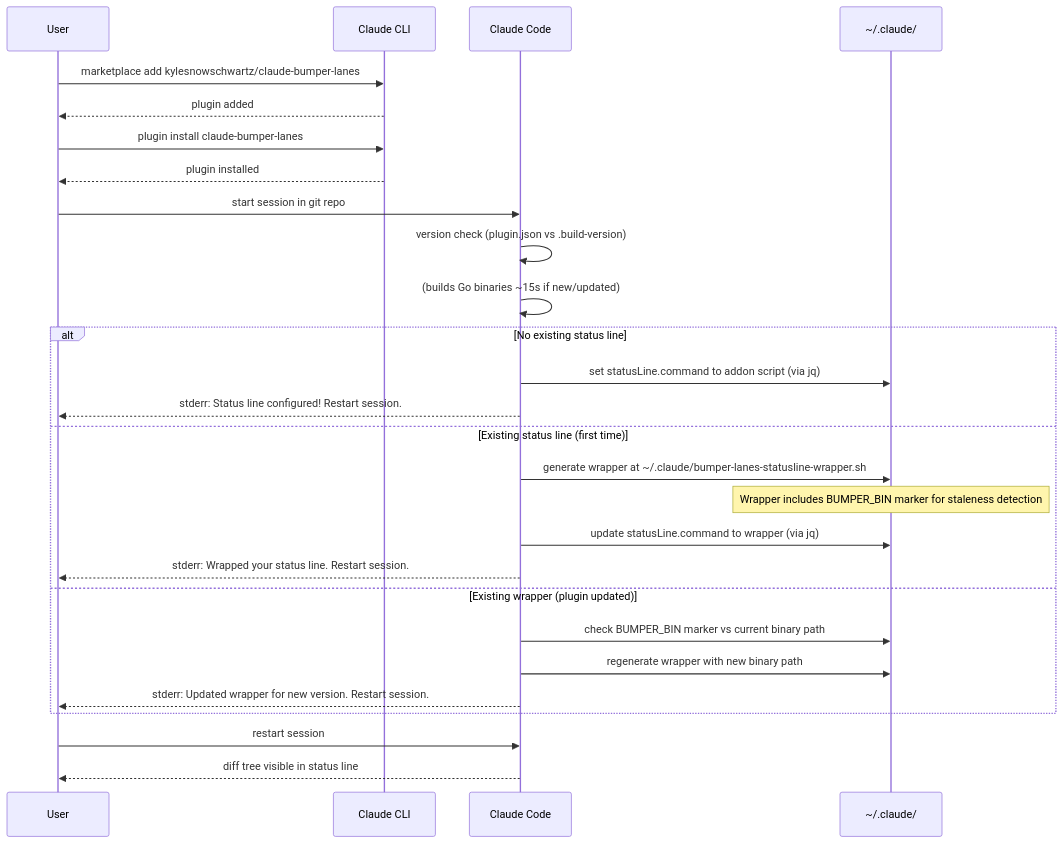
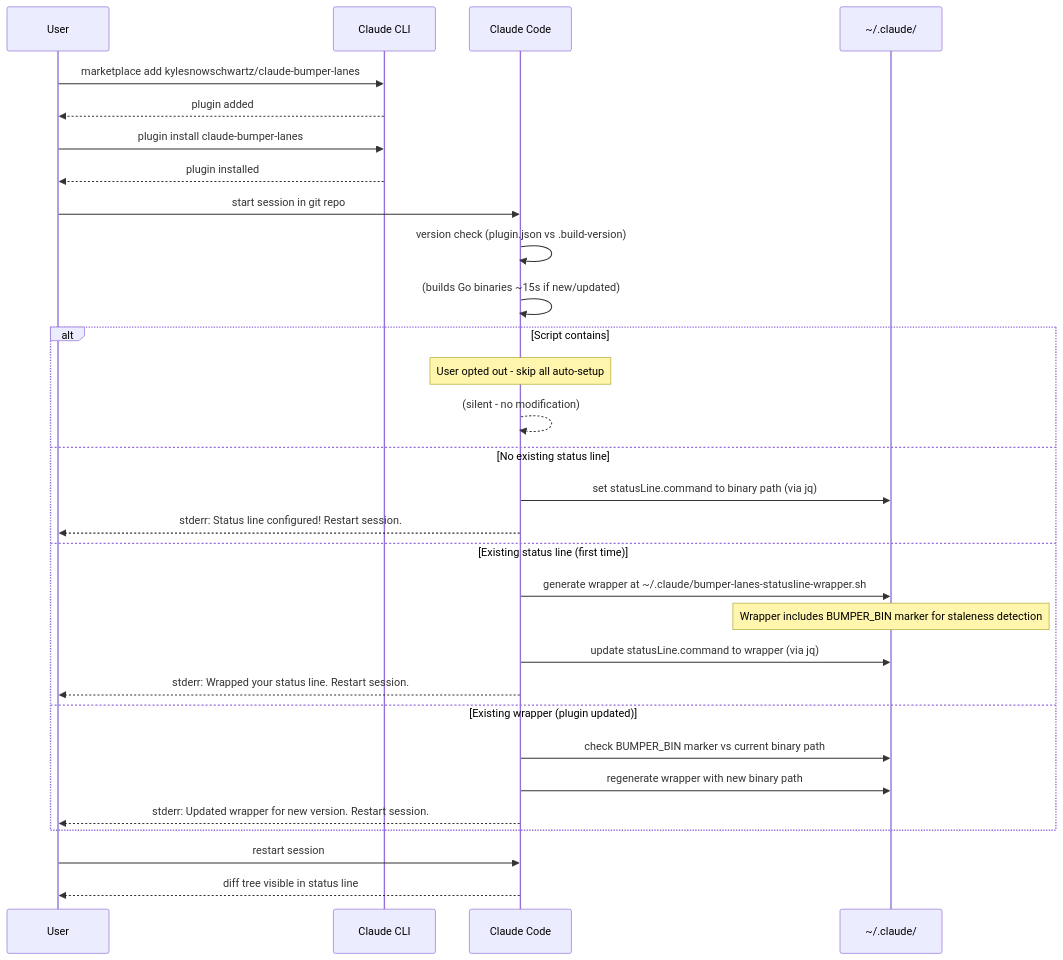
One commit to kylesnowschwartz/claude-bumper-lanes changed the diagram in docs/onboarding-sequence.mmd. Above: the diagram before and after it, drawn with Mermaid. The commit also changed 5 other files, not shown here.

First line of the commit message:
docs: sync sequence diagrams with recent code changes

```diff
--- a/docs/onboarding-sequence.mmd
+++ b/docs/onboarding-sequence.mmd
@@ -1,61 +1,66 @@
 %% Onboarding Flow: Plugin install → working status line
 %% Render: cat onboarding-sequence.mmd | mermaid-ascii -f -
 %% Focus: User-facing steps only (internal details omitted)
 
 sequenceDiagram
     participant User
     participant CLI as Claude CLI
     participant CC as Claude Code
     participant FS as ~/.claude/
 
     %% Phase 1: Plugin Installation (two commands)
     User->>CLI: marketplace add kylesnowschwartz/claude-bumper-lanes
     CLI-->>User: plugin added
 
     User->>CLI: plugin install claude-bumper-lanes
     CLI-->>User: plugin installed
 
     %% Phase 2: First Session (auto-setup)
     User->>CC: start session in git repo
     CC->>CC: version check (plugin.json vs .build-version)
     CC->>CC: (builds Go binaries ~15s if new/updated)
 
     %% Auto-setup status line
-    alt No existing status line
-        CC->>FS: set statusLine.command to addon script (via jq)
+    alt Script contains # BUMPER_HANDS_OFF
+        Note over CC: User opted out - skip all auto-setup
+        CC-->>CC: (silent - no modification)
+    else No existing status line
+        CC->>FS: set statusLine.command to binary path (via jq)
         CC-->>User: stderr: Status line configured! Restart session.
     else Existing status line (first time)
         CC->>FS: generate wrapper at ~/.claude/bumper-lanes-statusline-wrapper.sh
         Note over FS: Wrapper includes BUMPER_BIN marker for staleness detection
         CC->>FS: update statusLine.command to wrapper (via jq)
         CC-->>User: stderr: Wrapped your status line. Restart session.
     else Existing wrapper (plugin updated)
         CC->>FS: check BUMPER_BIN marker vs current binary path
         CC->>FS: regenerate wrapper with new binary path
         CC-->>User: stderr: Updated wrapper for new version. Restart session.
     end
 
     %% Phase 3: Working
     User->>CC: restart session
     CC-->>User: diff tree visible in status line
 
 %% ============================================================
 %% VALIDATION REFERENCES
 %% ============================================================
 %% - Plugin install: README.md:24-27
 %% - Version sentinel: scripts/ensure-binaries.sh
+%% - Hands-off check: internal/hooks/session_start.go:isHandsOff()
 %% - Auto-setup: internal/hooks/session_start.go:setupStatusLineWrapper()
 %% - Wrapper generation: internal/hooks/session_start.go:generateWrapper()
 %% - Staleness check: internal/hooks/session_start.go:isWrapperStale()
 %% - Binary path extraction: internal/hooks/session_start.go:getWrapperBinaryPath()
 %% - Settings update: internal/hooks/session_start.go:updateSettingsWithJq()
 %%
 %% RESOLVED PAIN POINTS (v2.1.0+)
 %% 1. Two CLI commands required - UNCHANGED (Claude Code limitation)
 %% 2. 10-15s compile delay - UNCHANGED (Go build required)
 %% 3. One-time stderr prompt easy to miss - NOW: auto-setup, no action needed
 %% 4. Manual JSON editing required - NOW: auto via jq
 %% 5. Session restart required - UNCHANGED (Claude Code limitation)
 %% 6. Wrapper stale after plugin update - NOW: auto-regenerate via BUMPER_BIN marker
+%% 7. Auto-setup modifies user scripts - NOW: # BUMPER_HANDS_OFF escape hatch
 %%
 %% Status line auto-setup is now idempotent (checks actual state each session)
```
